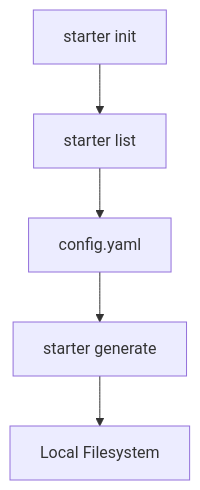
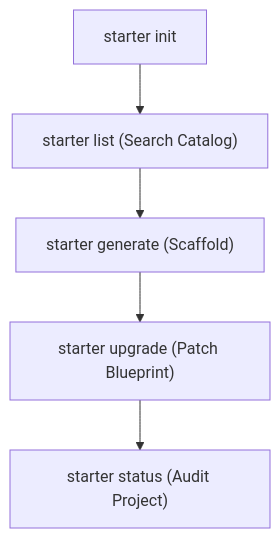
One commit to Devopstrio/starter-kits changed the fourth of 11 diagrams in README.md. Above: the diagram before and after it, drawn with Mermaid. The commit also changed other lines of this file, not shown here.

Commit message:
docs: implement 11+ professional architecture diagrams for starter kits platform

````diff
--- a/README.md
+++ b/README.md
@@ -77,7 +129,7 @@
 ```mermaid
 graph TD
-    Init[starter init] --> Search[starter list]
-    Search --> Config[config.yaml]
-    Config --> Gen[starter generate]
-    Gen --> Path[Local Filesystem]
+    INIT["starter init"] --> SEARCH["starter list (Search Catalog)"]
+    SEARCH --> GEN["starter generate (Scaffold)"]
+    GEN --> UPGRADE["starter upgrade (Patch Blueprint)"]
+    UPGRADE --> STATUS["starter status (Audit Project)"]
 ```
````
